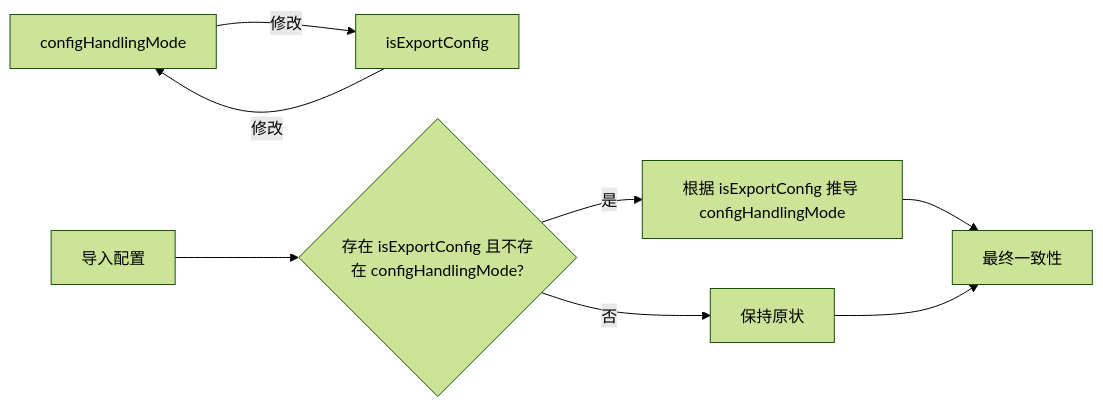
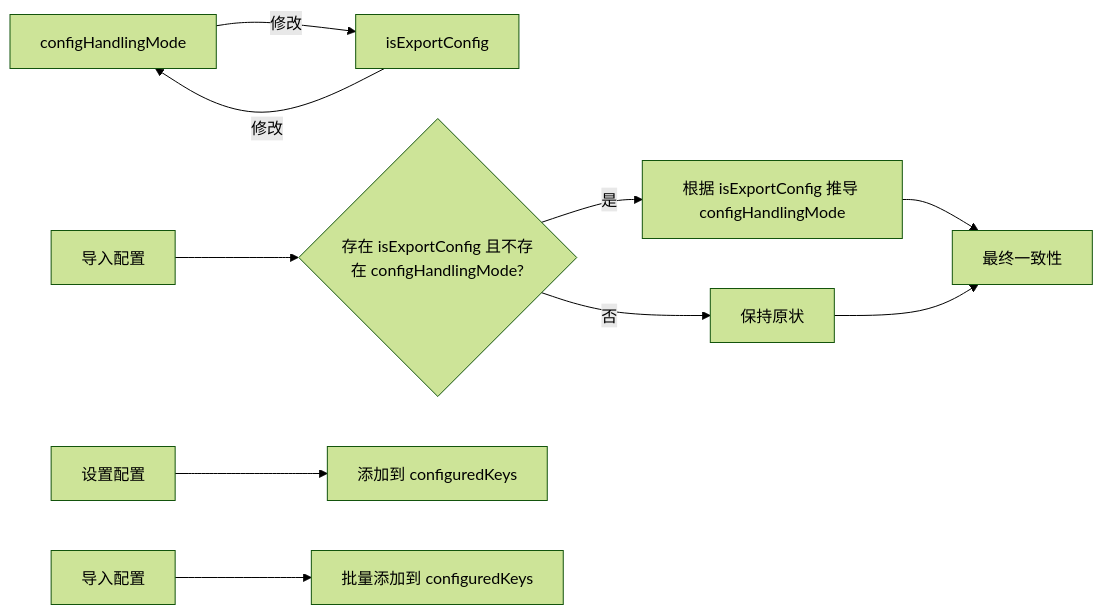
Before and after one commit to kqcoxn/MaaPipelineEditor: the fifth of 9 diagrams in .qoder/repowiki/zh/content/配置管理/前端配置系统.md, drawn with Mermaid (forest theme). The commit also changed other lines of this file and 50 other files, not shown here.

````diff
--- a/.qoder/repowiki/zh/content/配置管理/前端配置系统.md
+++ b/.qoder/repowiki/zh/content/配置管理/前端配置系统.md
@@ -248,10 +300,12 @@
 ```mermaid
 flowchart LR
 A["configHandlingMode"] -- 修改 --> B["同步 isExportConfig"]
 B["isExportConfig"] -- 修改 --> A
 C["导入配置"] --> D{"存在 isExportConfig 且不存在 configHandlingMode?"}
 D --> |是| E["根据 isExportConfig 推导 configHandlingMode"]
 D --> |否| F["保持原状"]
 E --> G["最终一致性"]
 F --> G
+H["设置配置"] --> I["添加到 configuredKeys"]
+J["导入配置"] --> K["批量添加到 configuredKeys"]
 ```
````
